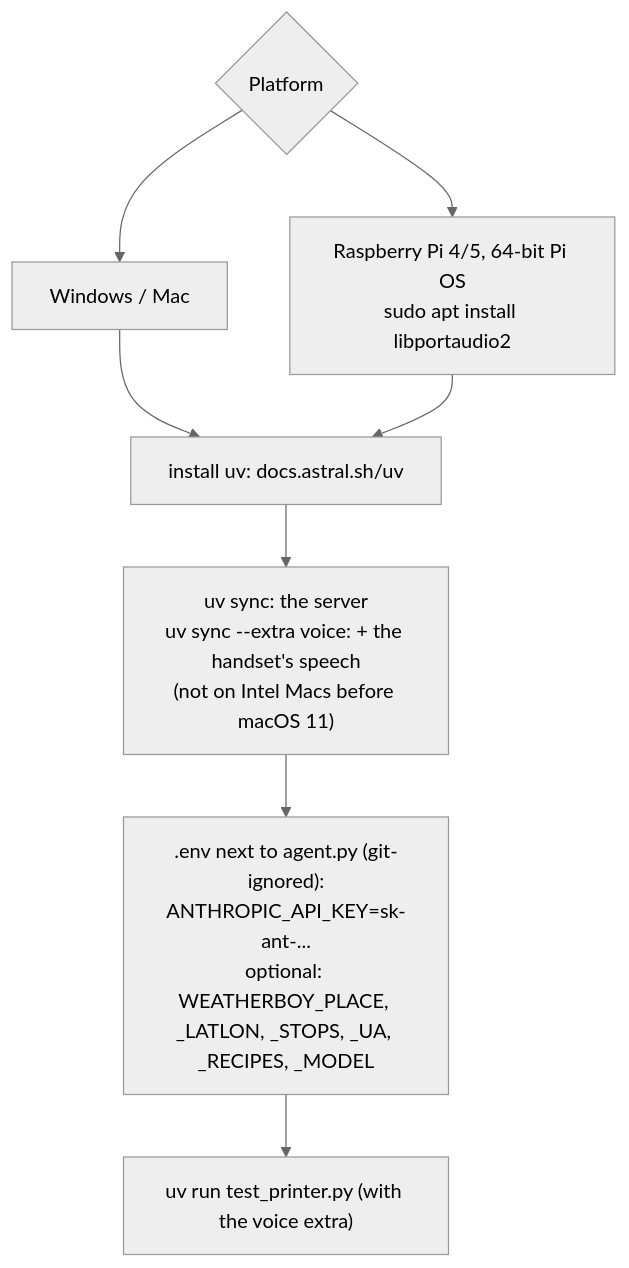
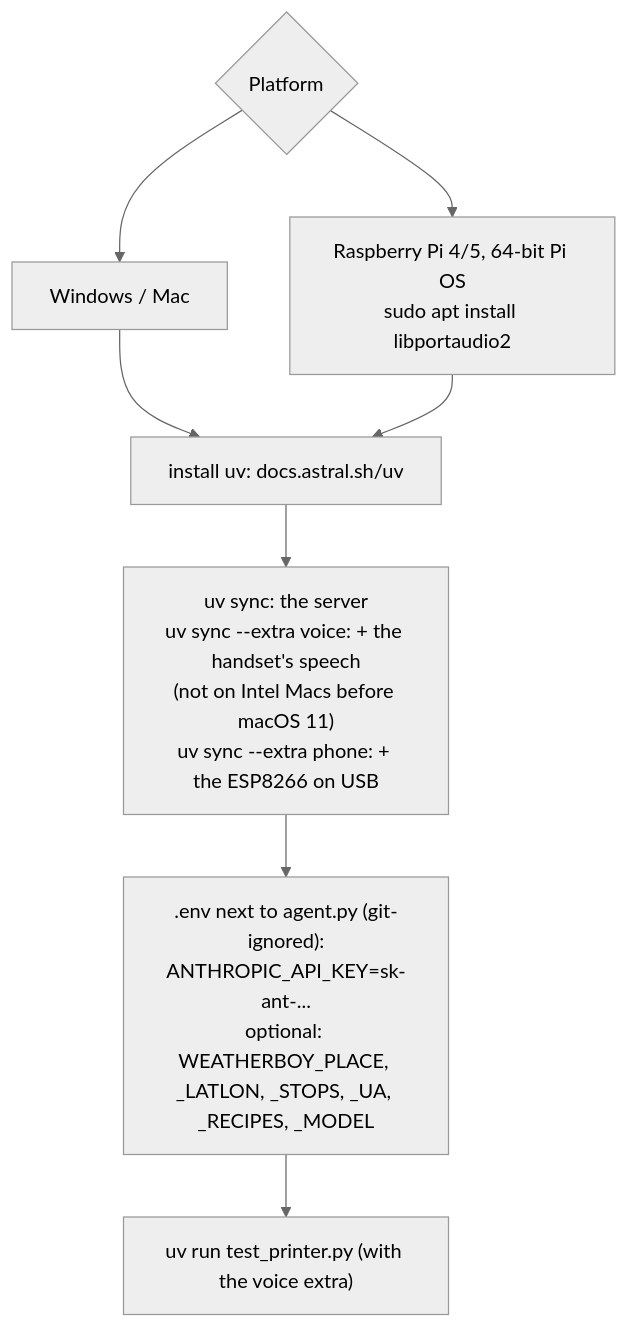
Diagram 12 of 13 in README.md (bastiankrohg/weatherboy), drawn with Mermaid (neutral theme) before and after one commit. The commit also changed other lines of this file and 13 other files, not shown here.

Commit message:
WIP making router and improving model api calls etc. Added esp8266 that will connect to the mac over serial

````diff
--- a/README.md
+++ b/README.md
@@ -230,9 +284,9 @@
 ```mermaid
 flowchart TD
     Start{Platform} --> Win["Windows / Mac"]
     Start --> Pi["Raspberry Pi 4/5, 64-bit Pi OS<br/>sudo apt install libportaudio2"]
     Win & Pi --> UV["install uv: docs.astral.sh/uv"]
-    UV --> Req["uv sync: the server<br/>uv sync --extra voice: + the handset's speech<br/>(not on Intel Macs before macOS 11)"]
+    UV --> Req["uv sync: the server<br/>uv sync --extra voice: + the handset's speech<br/>(not on Intel Macs before macOS 11)<br/>uv sync --extra phone: + the ESP8266 on USB"]
     Req --> Key[".env next to agent.py (git-ignored):<br/>ANTHROPIC_API_KEY=sk-ant-...<br/>optional: WEATHERBOY_PLACE, _LATLON, _STOPS, _UA, _RECIPES, _MODEL"]
     Key --> Check["uv run test_printer.py (with the voice extra)"]
 ```
````
